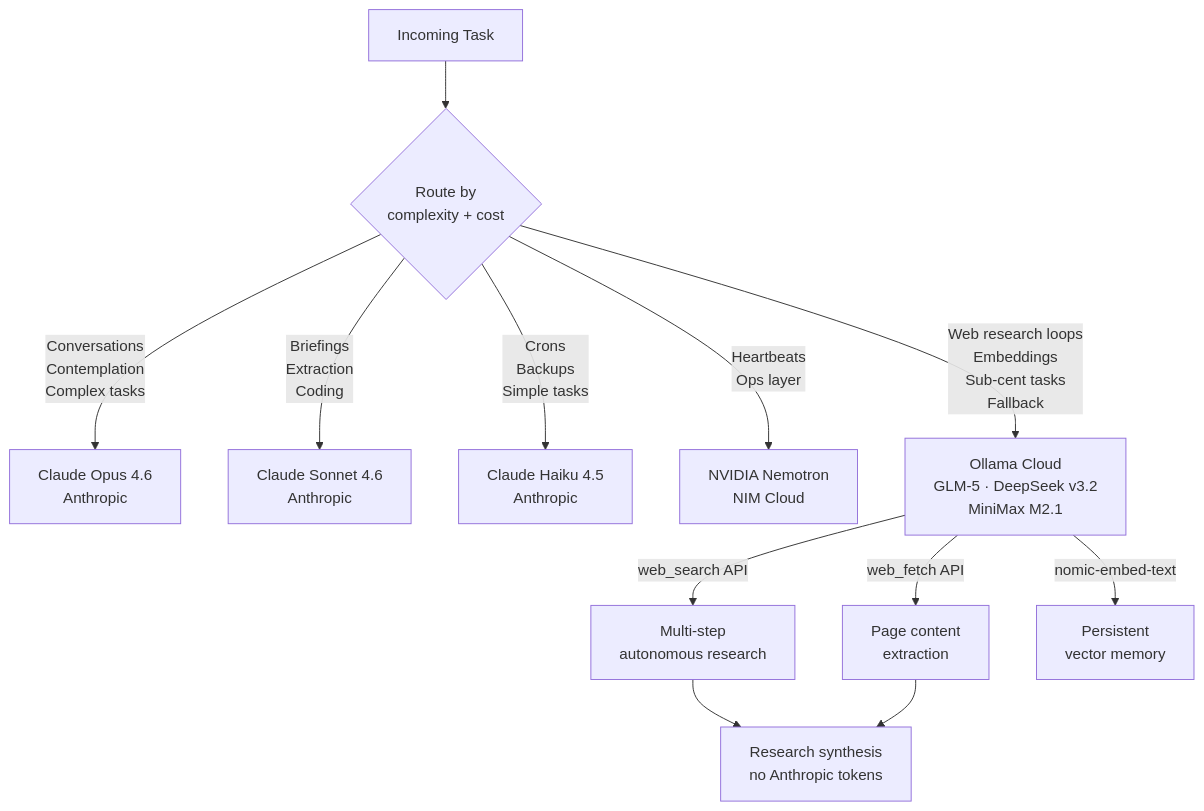
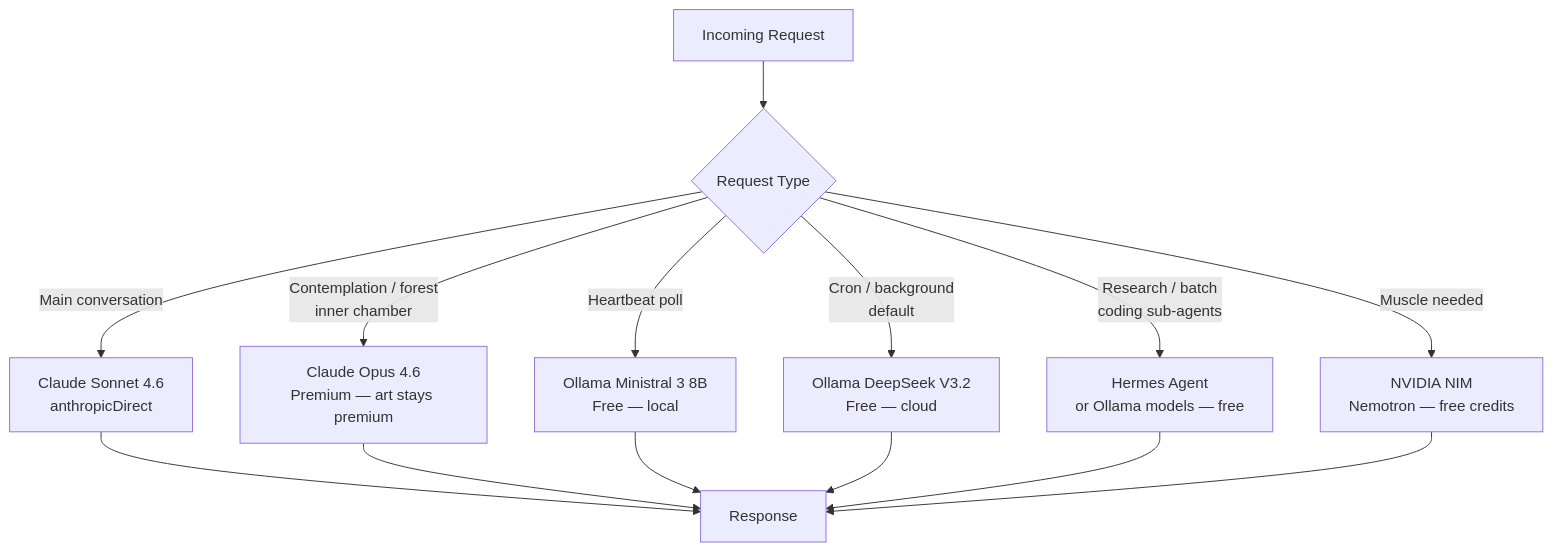
Before and after one commit to VisionaireLabs/Visionaire: the fourth of 5 diagrams in DIAGRAM.md, drawn with Mermaid. The commit also changed other lines of this file, not shown here.

Commit message:
memory: update architecture diagram — CoALA tiers, consolidation flow, model routing

````diff
--- a/DIAGRAM.md
+++ b/DIAGRAM.md
@@ -121,17 +116,18 @@
 ```mermaid
 flowchart TD
-    TASK[Incoming Task] --> ROUTE{Route by\ncomplexity + cost}
+    REQ[Incoming Request] --> TYPE{Request Type}
+    
+    TYPE -->|Main conversation| SONNET[Claude Sonnet 4.6\nanthropicDirect]
+    TYPE -->|Contemplation / forest\ninner chamber| OPUS[Claude Opus 4.6\nPremium — art stays premium]
+    TYPE -->|Heartbeat poll| MINI[Ollama Ministral 3 8B\nFree — local]
+    TYPE -->|Cron / background\ndefault| DEEP[Ollama DeepSeek V3.2\nFree — cloud]
+    TYPE -->|Research / batch\ncoding sub-agents| HERMES[Hermes Agent\nor Ollama models — free]
+    TYPE -->|Muscle needed| NVIDIA[NVIDIA NIM\nNemotron — free credits]
 
-    ROUTE -->|Conversations\nContemplation\nComplex tasks| OPUS[Claude Opus 4.6\nAnthropic]
-    ROUTE -->|Briefings\nExtraction\nCoding| SONNET[Claude Sonnet 4.6\nAnthropic]
-    ROUTE -->|Crons\nBackups\nSimple tasks| HAIKU[Claude Haiku 4.5\nAnthropic]
-    ROUTE -->|Heartbeats\nOps layer| NEMOTRON[NVIDIA Nemotron\nNIM Cloud]
-    ROUTE -->|Web research loops\nEmbeddings\nSub-cent tasks\nFallback| OLLAMA[Ollama Cloud\nGLM-5 · DeepSeek v3.2\nMiniMax M2.1]
-
-    OLLAMA -->|web_search API| WEBSEARCH[Multi-step\nautonomous research]
-    OLLAMA -->|web_fetch API| WEBFETCH[Page content\nextraction]
-    OLLAMA -->|nomic-embed-text| EMBEDDINGS[Persistent\nvector memory]
-
-    WEBSEARCH --> SYNTHESIS[Research synthesis\nno Anthropic tokens]
-    WEBFETCH --> SYNTHESIS
+    SONNET --> OUT[Response]
+    OPUS --> OUT
+    MINI --> OUT
+    DEEP --> OUT
+    HERMES --> OUT
+    NVIDIA --> OUT
 ```
````
